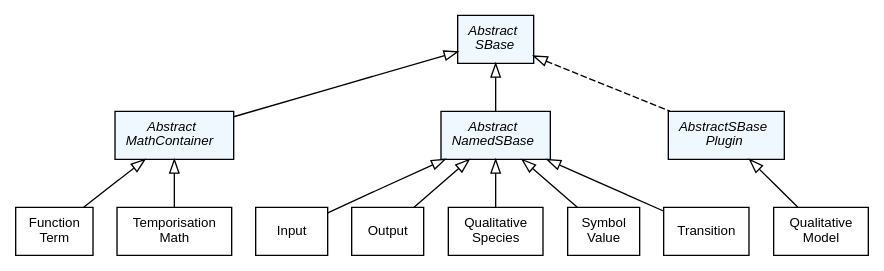
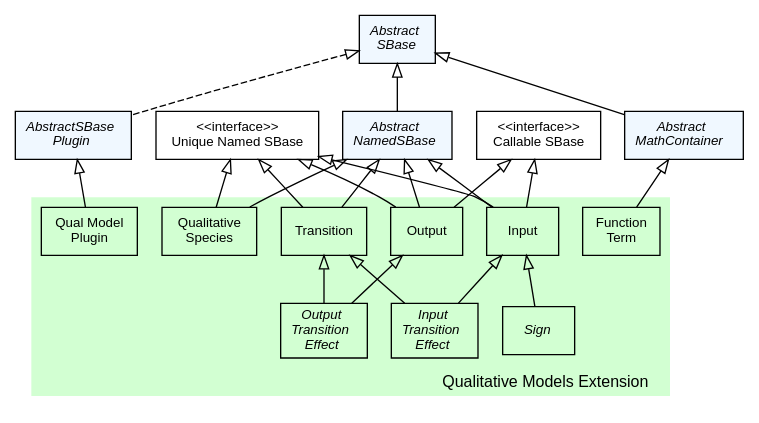
Before and after one commit to sbmlteam/jsbml: the diagram in extensions/qual/doc/img/type_hierarchy.dot, drawn with Graphviz. The commit also changed 22 other files, not shown here.

Commit message:
Added chapter material for User Guide with class diagrams for all the extensions except multi. Two caveats: 1) this will need to be compiled with a latex compiler and 2) for some reason, I was not able to properly set svn:keywords, so this will need to be fixed.

```diff
--- a/extensions/qual/doc/img/type_hierarchy.dot
+++ b/extensions/qual/doc/img/type_hierarchy.dot
@@ -1,64 +1,102 @@
 #!/usr/local/bin/dot
 #
 # dot -Tpdf type_hierarchy.dot -otype_hierarchy.pdf && acroread type_hierarchy.pdf &
 # dot -Tpng type_hierarchy.dot -otype_hierarchy.png
 #
 # $Id$
 # $URL$
 # $Rev$
 
 strict digraph G{
 
 	nodesep=0.25;
 	ranksep=0.5;
 
 	edge [
 	  fontname="Helvetica",
 	  fontsize=10,
 	  labelfontname="Helvetica",
 	  labelfontsize=10
 	];
 	node [
 	  fontname="Helvetica",
 	  fontsize=10,
 	  shape=box
 	];
   /*
    * Abstract data types
    */
   AbstractMathContainer                      [label=<<font><I>Abstract<br/>MathContainer</I></font>>, style="filled", fillcolor="#F0F8FF"];
   AbstractNamedSBase                         [label=<<font><I>Abstract<br/>NamedSBase</I></font>>, style="filled", fillcolor="#F0F8FF"];
   AbstractSBase                              [label=<<font><I>Abstract<br/>SBase</I></font>>, style="filled", fillcolor="#F0F8FF"];
   AbstractSBasePlugin                        [label=<<font><I>AbstractSBase<br/>Plugin</I></font>>, style="filled", fillcolor="#F0F8FF"];
-  
-  /*
-   * Objects
-   */
-  FunctionTerm                               [label="Function\nTerm"];
-  Input                                      [label="Input"];
-  Output                                     [label="Output"];
-  QualitativeSpecies                         [label="Qualitative\nSpecies"];
-  QualitativeModel                           [label="Qualitative\nModel"];
-  SymbolValue                                [label="Symbol\nValue"];
-  TemporisationMath                          [label="Temporisation\nMath"];
-  Transition                                 [label="Transition"];
+
+	/*
+	 * Interfaces
+	 */
+	
+  UniqueNamedSBase                           [label="<<interface>>\nUnique Named SBase"];
+  CallableSBase                              [label="<<interface>>\nCallable SBase"];
+
+  subgraph clusterQual {
+    fontname="Helvetica";
+    fontsize=12;
+    style="filled";
+    fillcolor="#d2ffd2"
+    color="#ffffff"
+    label="Qualitative Models Extension";
+    labelloc=b;
+    labeljust=r;
+    
+      // Abstract data types
+   	  InputTransitionEffect		          	 [label=<<font face="Helvetica-Oblique">Input<br/>Transition<br/>Effect</font>>];
+   	  OutputTransitionEffect		       	 [label=<<font face="Helvetica-Oblique">Output<br/>Transition<br/>Effect</font>>];
+   	  Sign							       	 [label=<<font face="Helvetica-Oblique">Sign</font>>];
+    
+	  /*
+	   * Objects
+	   */
+	  FunctionTerm                               [label="Function\nTerm"];
+	  Input                                      [label="Input"];
+	  Output                                     [label="Output"];
+	  QualitativeSpecies                         [label="Qualitative\nSpecies"];
+	  QualModelPlugin                            [label="Qual Model\nPlugin"];
+	  Transition                                 [label="Transition"];
+      
+      /*
+      * inheritance graph
+      */	  
+      Input -> InputTransitionEffect      [dir=back,arrowtail=empty];
+      Transition -> InputTransitionEffect      [dir=back,arrowtail=empty];
+      Output -> OutputTransitionEffect      [dir=back,arrowtail=empty];
+      Transition -> OutputTransitionEffect      [dir=back,arrowtail=empty];      
+      Input -> Sign      [dir=back,arrowtail=empty];      
+      
+  }
 
   /*
    * inheritance graph
    */
   AbstractMathContainer -> FunctionTerm      [dir=back,arrowtail=empty];
+  UniqueNamedSBase -> Input   [dir=back,arrowtail=empty];
+  CallableSBase -> Input   [dir=back,arrowtail=empty];
 
+  UniqueNamedSBase -> Output   [dir=back,arrowtail=empty];
+  CallableSBase -> Output   [dir=back,arrowtail=empty];
+
+  UniqueNamedSBase -> QualitativeSpecies   [dir=back,arrowtail=empty];
+  UniqueNamedSBase -> Transition   [dir=back,arrowtail=empty];
+
+  
   AbstractNamedSBase -> QualitativeSpecies   [dir=back,arrowtail=empty];
   AbstractNamedSBase -> Transition           [dir=back,arrowtail=empty];
   AbstractNamedSBase -> Input                [dir=back,arrowtail=empty];
   AbstractNamedSBase -> Output               [dir=back,arrowtail=empty];
-  AbstractNamedSBase -> SymbolValue          [dir=back,arrowtail=empty];
 
   AbstractSBase -> AbstractNamedSBase        [dir=back,arrowtail=empty];
   AbstractSBase -> AbstractMathContainer     [dir=back,arrowtail=empty];
   AbstractSBase -> AbstractSBasePlugin       [dir=back,arrowtail=empty,style=dashed];
   
-  AbstractSBasePlugin -> QualitativeModel    [dir=back,arrowtail=empty];
+  AbstractSBasePlugin -> QualModelPlugin    [dir=back,arrowtail=empty];
 
-  AbstractMathContainer -> TemporisationMath [dir=back,arrowtail=empty]
 }
```
